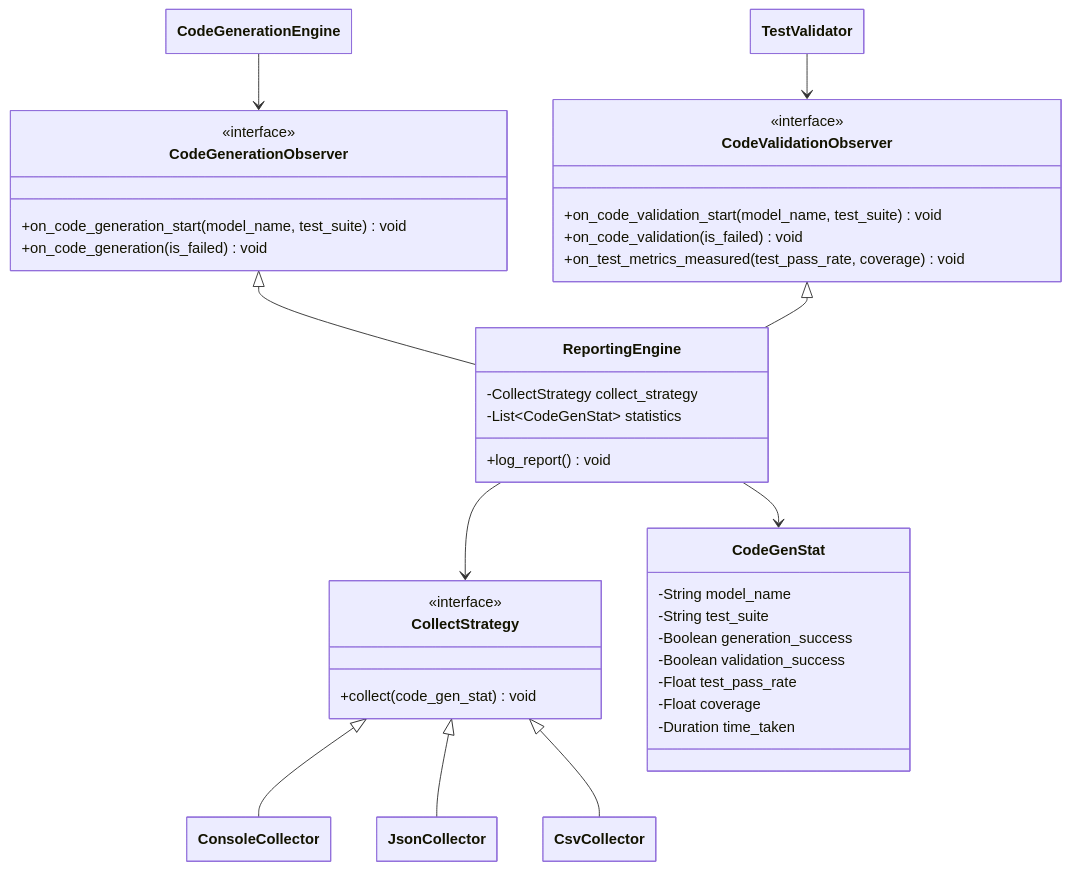
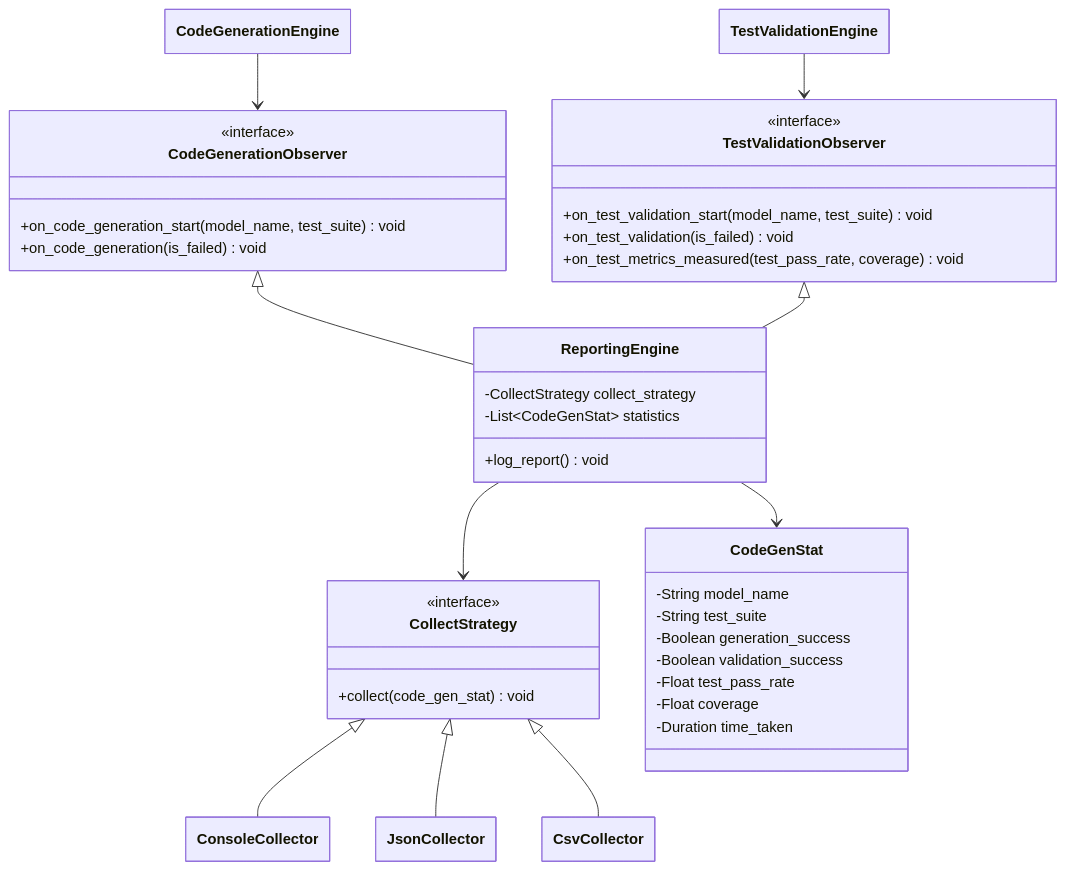
One commit to FilippoGurioli/test-2-code-llm changed the seventh of 7 diagrams in docs/design.md. Above: the diagram before and after it, drawn with Mermaid. The commit also changed other lines of this file and 4 other files, not shown here.

Commit message:
feat(core): create reporting engine and rename test validator -> test validation engine

````diff
--- a/docs/design.md
+++ b/docs/design.md
@@ -253,51 +253,51 @@
 ```mermaid
 ---
   config:
     class:
       hideEmptyMembersBox: true
 ---
 classDiagram
     class ReportingEngine {
         -CollectStrategy collect_strategy
         -List~CodeGenStat~ statistics
         +log_report() void
     }
 
     class CodeGenerationObserver {
         <<interface>>
         +on_code_generation_start(model_name, test_suite) void
         +on_code_generation(is_failed) void
     }
 
-    class CodeValidationObserver {
+    class TestValidationObserver {
         <<interface>>
-        +on_code_validation_start(model_name, test_suite) void
-        +on_code_validation(is_failed) void
+        +on_test_validation_start(model_name, test_suite) void
+        +on_test_validation(is_failed) void
         +on_test_metrics_measured(test_pass_rate, coverage) void
     }
 
     class CollectStrategy {
         <<interface>>
         +collect(code_gen_stat) void
     }
 
     class CodeGenStat {
         -String model_name
         -String test_suite
         -Boolean generation_success
         -Boolean validation_success
         -Float test_pass_rate
         -Float coverage
         -Duration time_taken
     }
 
     CodeGenerationEngine --> CodeGenerationObserver
-    TestValidator --> CodeValidationObserver
+    TestValidationEngine --> TestValidationObserver
     CodeGenerationObserver <|-- ReportingEngine
-    CodeValidationObserver <|-- ReportingEngine
+    TestValidationObserver <|-- ReportingEngine
     ReportingEngine --> CollectStrategy
     ReportingEngine --> CodeGenStat
     CollectStrategy <|-- ConsoleCollector
     CollectStrategy <|-- JsonCollector
     CollectStrategy <|-- CsvCollector
 ```
````
